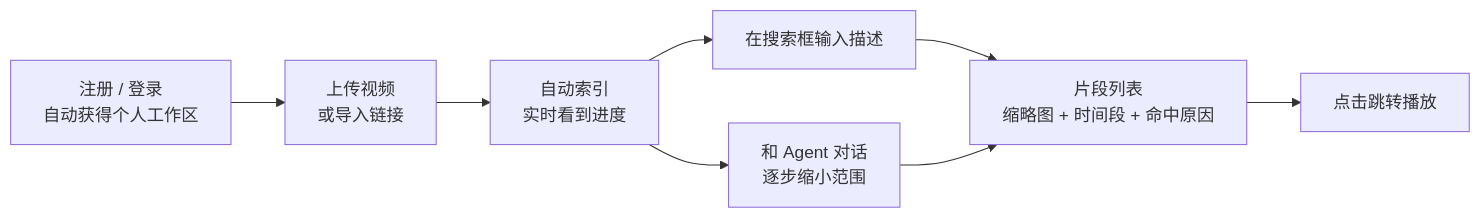
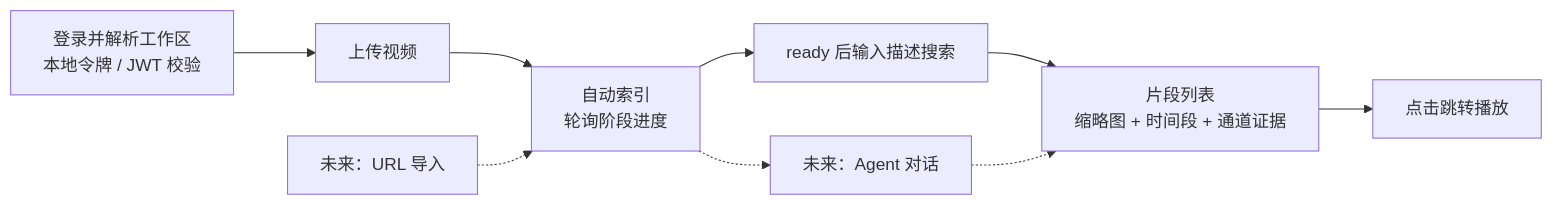
Before and after one commit to realOzine/videohelper: the first of 19 diagrams in docs/design.md, drawn with Mermaid. The commit also changed other lines of this file, not shown here.

Commit message:
docs: align design diagrams with model plugins

````diff
--- a/docs/design.md
+++ b/docs/design.md
@@ -57,10 +58,11 @@
 ```mermaid
 flowchart LR
-  A["注册 / 登录<br/>自动获得个人工作区"] --> B["上传视频<br/>或导入链接"]
-  B --> C["自动索引<br/>实时看到进度"]
-  C --> D["在搜索框输入描述"]
-  C --> E["和 Agent 对话<br/>逐步缩小范围"]
-  D --> F["片段列表<br/>缩略图 + 时间段 + 命中原因"]
-  E --> F
+  A["登录并解析工作区<br/>本地令牌 / JWT 校验"] --> B["上传视频"]
+  B --> C["自动索引<br/>轮询阶段进度"]
+  C --> D["ready 后输入描述搜索"]
+  D --> F["片段列表<br/>缩略图 + 时间段 + 通道证据"]
   F --> G["点击跳转播放"]
+  I["未来：URL 导入"] -.-> C
+  C -.-> E["未来：Agent 对话"]
+  E -.-> F
 ```
````
